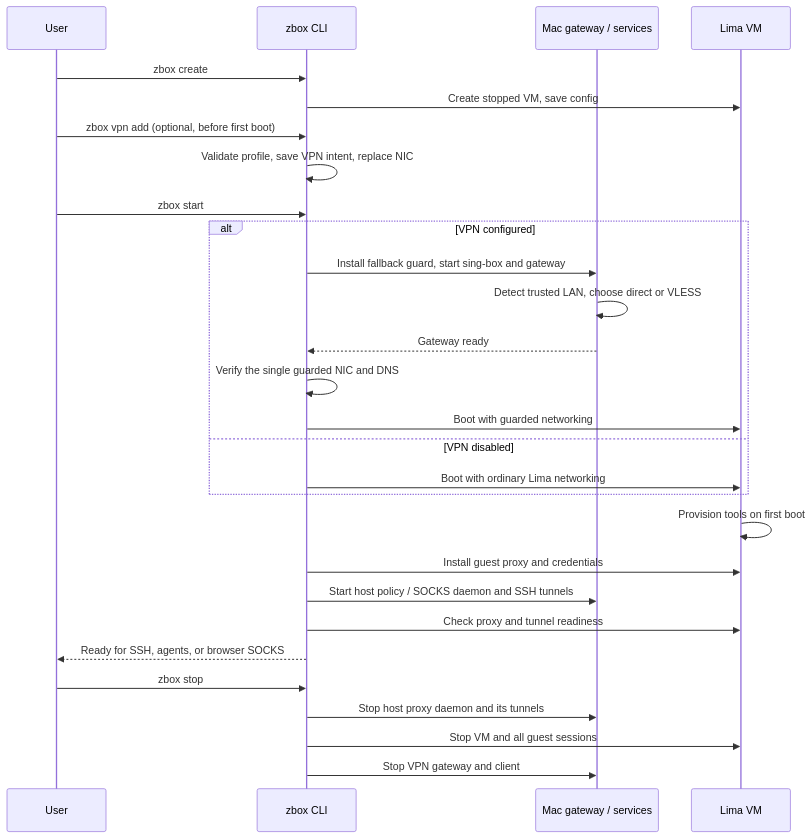
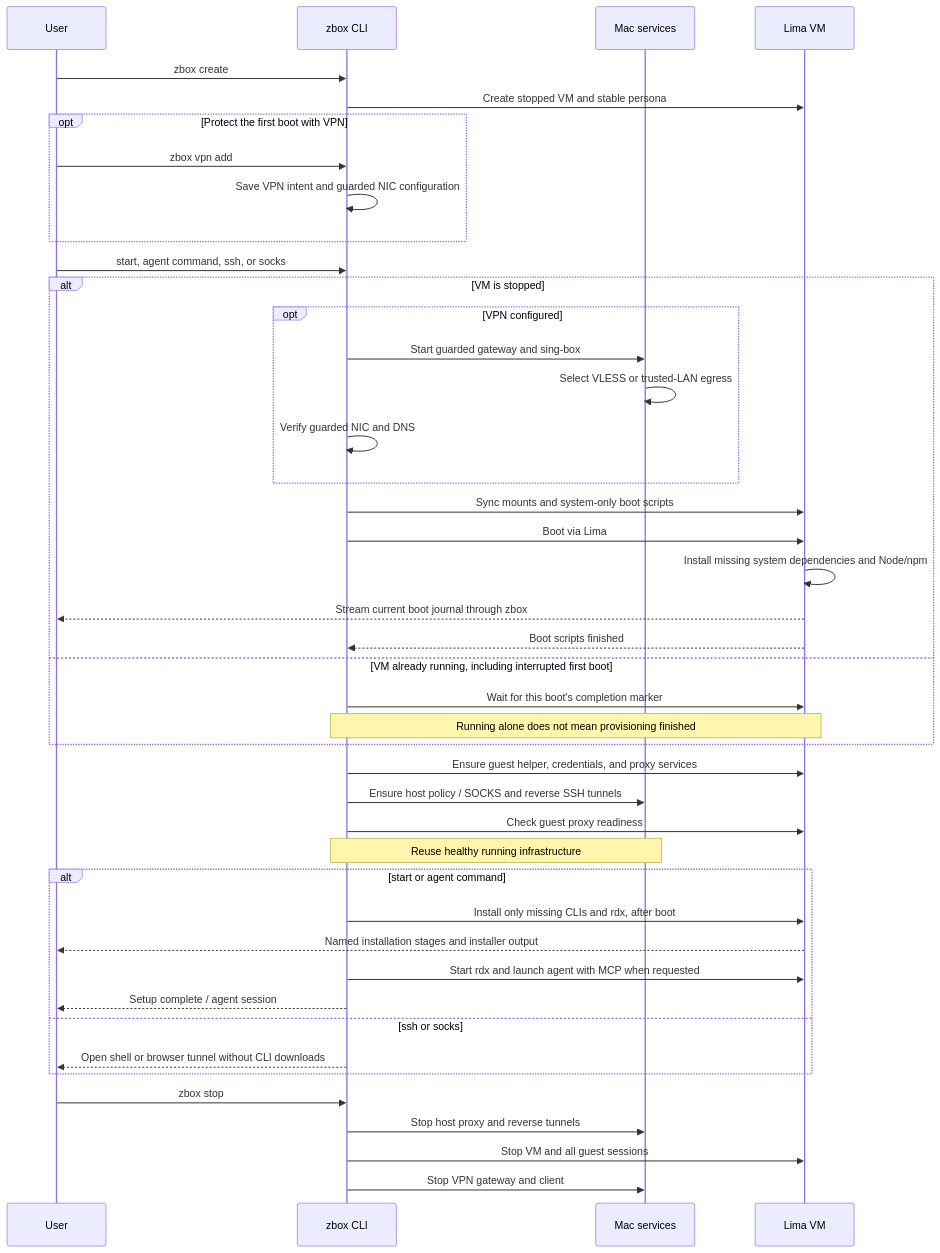
Before and after one commit to capitanbanana/zbox: the diagram in docs/diagrams/startup.mmd, drawn with Mermaid. The commit also changed 7 other files, not shown here.

Commit message:
Update architecture and startup diagrams

```diff
--- a/docs/diagrams/startup.mmd
+++ b/docs/diagrams/startup.mmd
@@ -1,30 +1,45 @@
 sequenceDiagram
-  accTitle: VM startup and shutdown
-  accDescr: The VPN gateway starts before the VM boots. Guest tools and the proxy are then provisioned, and host tunnels become ready.
+  accTitle: VM boot, CLI setup, and shutdown
+  accDescr: System dependencies are installed during Lima boot with live logs. CLI downloads run afterwards, while SSH and browser SOCKS need only ready infrastructure. Interrupted boot is awaited before setup resumes.
   participant U as User
   participant A as zbox CLI
-  participant H as Mac gateway / services
+  participant H as Mac services
   participant V as Lima VM
   U->>A: zbox create
-  A->>V: Create stopped VM, save config
-  U->>A: zbox vpn add (optional, before first boot)
-  A->>A: Validate profile, save VPN intent, replace NIC
-  U->>A: zbox start
-  alt VPN configured
-    A->>H: Install fallback guard, start sing-box and gateway
-    H->>H: Detect trusted LAN, choose direct or VLESS
-    H-->>A: Gateway ready
-    A->>A: Verify the single guarded NIC and DNS
-    A->>V: Boot with guarded networking
-  else VPN disabled
-    A->>V: Boot with ordinary Lima networking
+  A->>V: Create stopped VM and stable persona
+  opt Protect the first boot with VPN
+    U->>A: zbox vpn add
+    A->>A: Save VPN intent and guarded NIC configuration
   end
-  V->>V: Provision tools on first boot
-  A->>V: Install guest proxy and credentials
-  A->>H: Start host policy / SOCKS daemon and SSH tunnels
-  A->>V: Check proxy and tunnel readiness
-  A-->>U: Ready for SSH, agents, or browser SOCKS
+  U->>A: start, agent command, ssh, or socks
+  alt VM is stopped
+    opt VPN configured
+      A->>H: Start guarded gateway and sing-box
+      H->>H: Select VLESS or trusted-LAN egress
+      A->>A: Verify guarded NIC and DNS
+    end
+    A->>V: Sync mounts and system-only boot scripts
+    A->>V: Boot via Lima
+    V->>V: Install missing system dependencies and Node/npm
+    V-->>U: Stream current boot journal through zbox
+    V-->>A: Boot scripts finished
+  else VM already running, including interrupted first boot
+    A->>V: Wait for this boot's completion marker
+    Note over A,V: Running alone does not mean provisioning finished
+  end
+  A->>V: Ensure guest helper, credentials, and proxy services
+  A->>H: Ensure host policy / SOCKS and reverse SSH tunnels
+  A->>V: Check guest proxy readiness
+  Note over A,H: Reuse healthy running infrastructure
+  alt start or agent command
+    A->>V: Install only missing CLIs and rdx, after boot
+    V-->>U: Named installation stages and installer output
+    A->>V: Start rdx and launch agent with MCP when requested
+    A-->>U: Setup complete / agent session
+  else ssh or socks
+    A-->>U: Open shell or browser tunnel without CLI downloads
+  end
   U->>A: zbox stop
-  A->>H: Stop host proxy daemon and its tunnels
+  A->>H: Stop host proxy and reverse tunnels
   A->>V: Stop VM and all guest sessions
   A->>H: Stop VPN gateway and client
```
